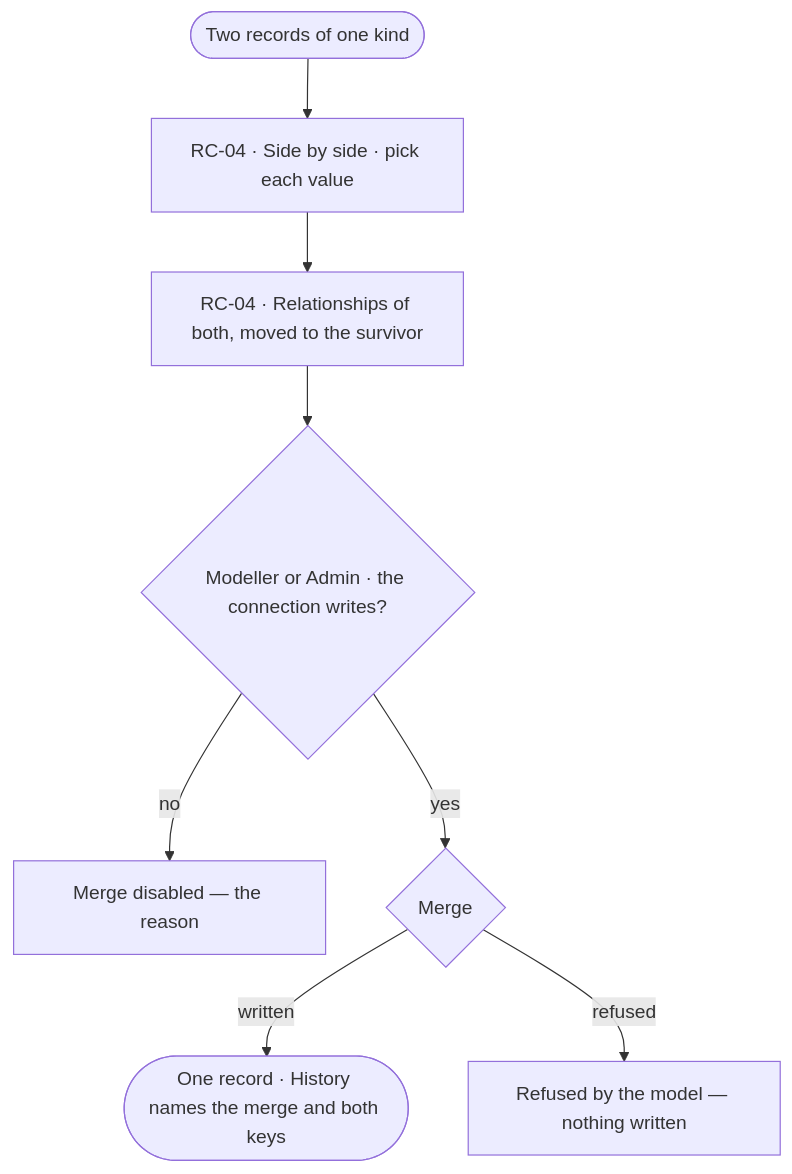
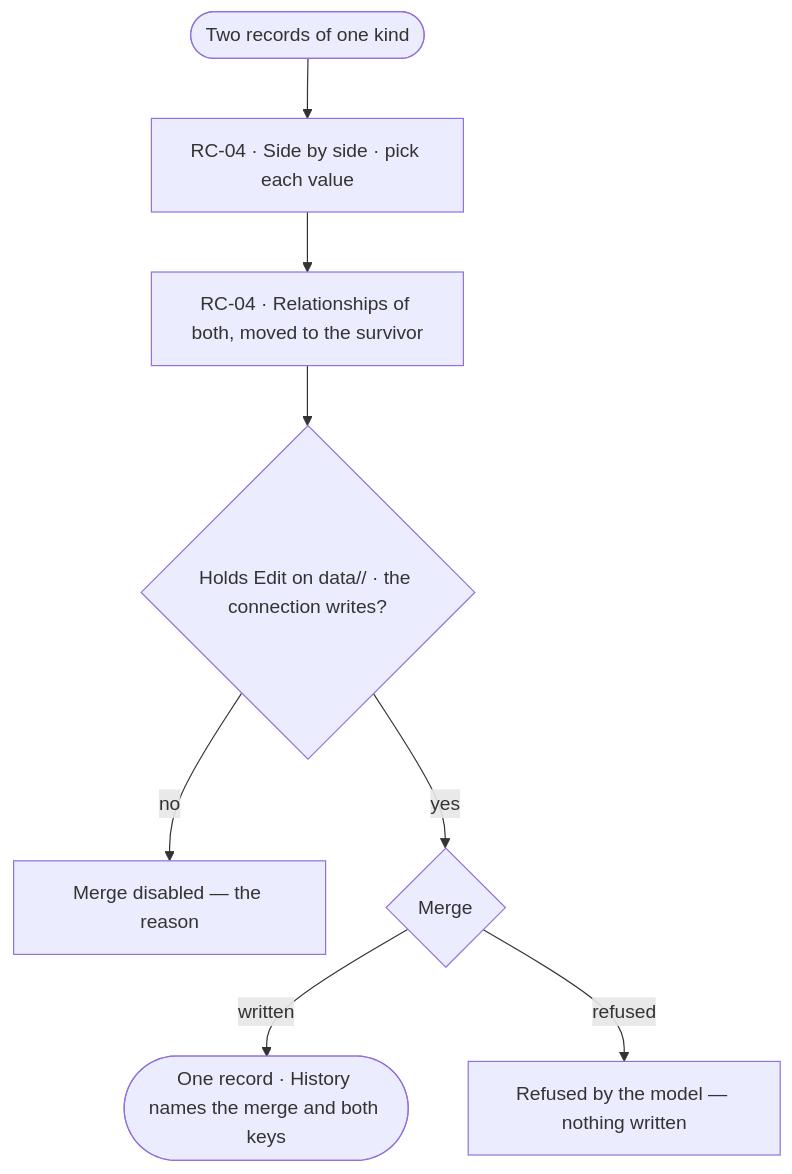
Before and after one commit to invana/invana: the diagram in specs/capabilities/records/features/RC-F05-merge-duplicates/feature.md, drawn with Mermaid. The commit also changed 228 other files, not shown here.

````diff
--- a/specs/capabilities/records/features/RC-F05-merge-duplicates/feature.md
+++ b/specs/capabilities/records/features/RC-F05-merge-duplicates/feature.md
@@ -21,10 +21,10 @@
 ```mermaid
 flowchart TD
   start([Two records of one kind]) --> side["RC-04 · Side by side · pick each value"]
   side --> rel["RC-04 · Relationships of both, moved to the survivor"]
-  rel --> g{Modeller or Admin · the connection writes?}
+  rel --> g{"Holds Edit on data/<graph database>/<kind> · the connection writes?"}
   g -->|no| na["Merge disabled — the reason"]
   g -->|yes| run{Merge}
   run -->|written| done(["One record · History names the merge and both keys"])
   run -->|refused| rf["Refused by the model — nothing written"]
 ```
````
